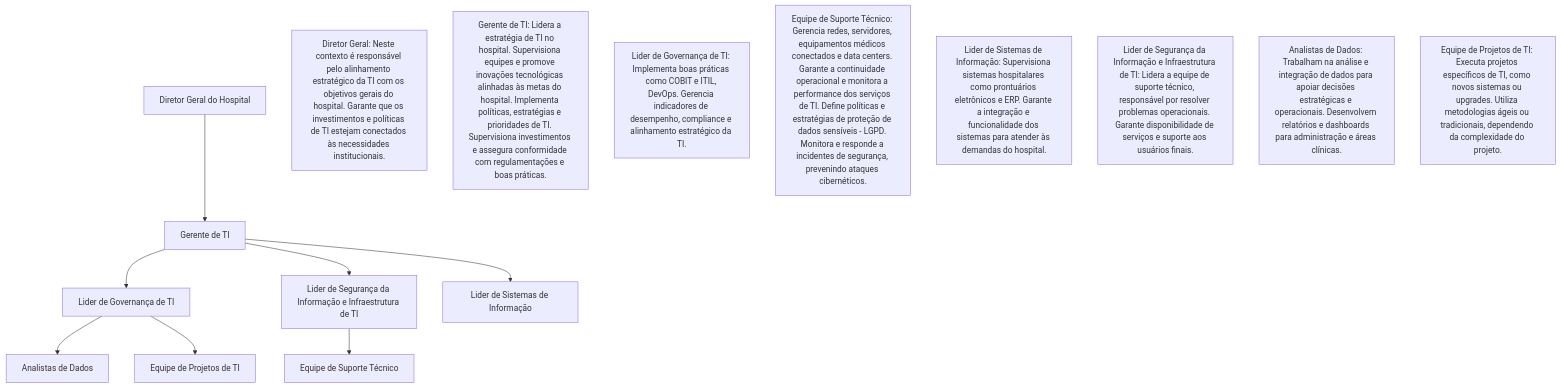
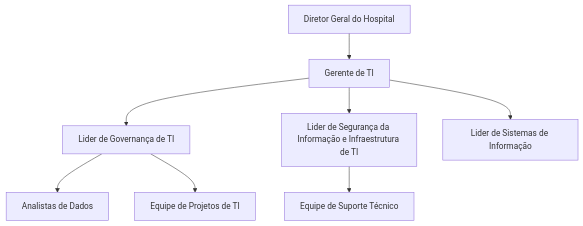
One commit to ProjetosALVF/ALVF_ProspeccaoGestao_TI changed the diagram in README.MD. Above: the diagram before and after it, drawn with Mermaid.

````diff
--- a/README.MD
+++ b/README.MD
@@ -7,31 +7,20 @@
 ```mermaid
 graph TD
     %% Estrutura Organizacional
     DiretorGeral[Diretor Geral do Hospital]
     CIO[Gerente de TI]
     GerenteGovernanca[Lider de Governança de TI]
     Infraestrutura[Lider de Segurança da Informação e Infraestrutura de TI]
     Sistemas[Lider de Sistemas de Informação]
     Suporte[Equipe de Suporte Técnico]
     Dados[Analistas de Dados]
     Projetos[Equipe de Projetos de TI]
 
     DiretorGeral --> CIO
     CIO --> GerenteGovernanca
     CIO --> Infraestrutura
     CIO --> Sistemas
     Infraestrutura --> Suporte
     GerenteGovernanca --> Dados
     GerenteGovernanca --> Projetos
-
-    %% Descrições dos Cargos
-    note1[Diretor Geral: Neste contexto é responsável pelo alinhamento estratégico da TI com os objetivos gerais do hospital. Garante que os investimentos e políticas de TI estejam conectados às necessidades institucionais.]
-    note3[Gerente de TI: Lidera a estratégia de TI no hospital. Supervisiona equipes e promove inovações tecnológicas alinhadas às metas do hospital. Implementa políticas, estratégias e prioridades de TI. Supervisiona investimentos e assegura conformidade com regulamentações e boas práticas.]
-    note4[Lider de Governança de TI: Implementa boas práticas como COBIT e ITIL, DevOps. Gerencia indicadores de desempenho, compliance e alinhamento estratégico da TI.]
-    note5[Equipe de Suporte Técnico: Gerencia redes, servidores, equipamentos médicos conectados e data centers. Garante a continuidade operacional e monitora a performance dos serviços de TI. Define políticas e estratégias de proteção de dados sensíveis - LGPD. Monitora e responde a incidentes de segurança, prevenindo ataques cibernéticos.]
-    note6[Lider de Sistemas de Informação: Supervisiona sistemas hospitalares como prontuários eletrônicos e ERP. Garante a integração e funcionalidade dos sistemas para atender às demandas do hospital.]
-    note8[Lider de Segurança da Informação e Infraestrutura de TI: Lidera a equipe de suporte técnico, responsável por resolver problemas operacionais. Garante disponibilidade de serviços e suporte aos usuários finais.]
-    note9[Analistas de Dados: Trabalham na análise e integração de dados para apoiar decisões estratégicas e operacionais. Desenvolvem relatórios e dashboards para administração e áreas clínicas.]
-    note10[Equipe de Projetos de TI: Executa projetos específicos de TI, como novos sistemas ou upgrades. Utiliza metodologias ágeis ou tradicionais, dependendo da complexidade do projeto.]
-
 ```
````
